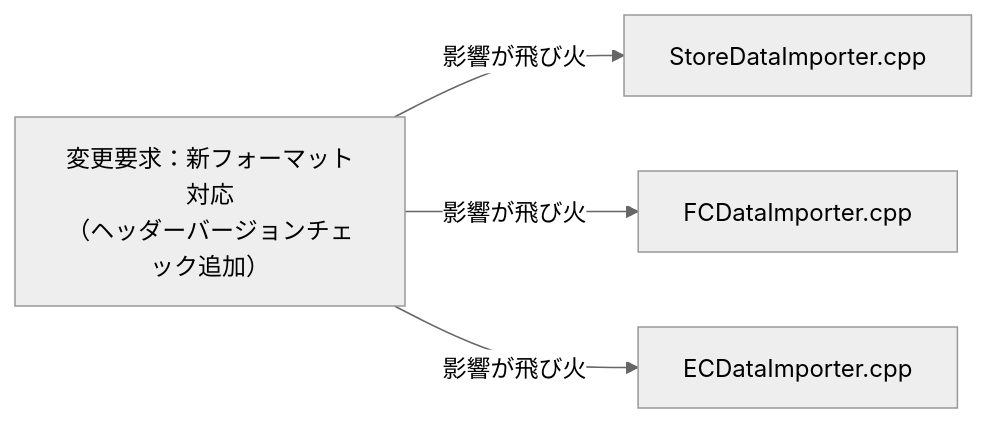
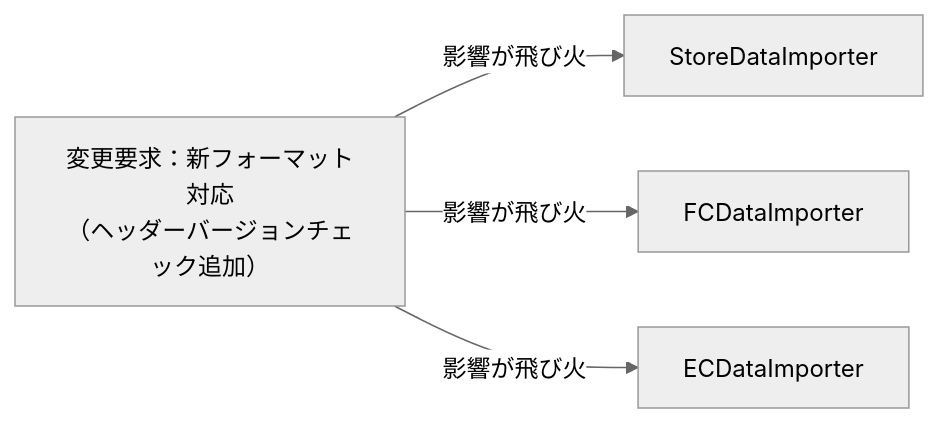
The second of 7 diagrams in kindle/design-patterns/output/chapter04.md (kumachan1101-pixel/DesignPattern), drawn with Mermaid (neutral theme) before and after one commit. The commit also changed other lines of this file and 8 other files, not shown here.

````diff
--- a/kindle/design-patterns/output/chapter04.md
+++ b/kindle/design-patterns/output/chapter04.md
@@ -296,8 +296,8 @@
 ```mermaid
 graph LR
     T1["変更要求：新フォーマット対応<br>（ヘッダーバージョンチェック追加）"]
-    T1 -->|"影響が飛び火"| A["StoreDataImporter.cpp"]
-    T1 -->|"影響が飛び火"| B["FCDataImporter.cpp"]
-    T1 -->|"影響が飛び火"| C["ECDataImporter.cpp"]
+    T1 -->|"影響が飛び火"| A["StoreDataImporter"]
+    T1 -->|"影響が飛び火"| B["FCDataImporter"]
+    T1 -->|"影響が飛び火"| C["ECDataImporter"]
 
 ```
````
